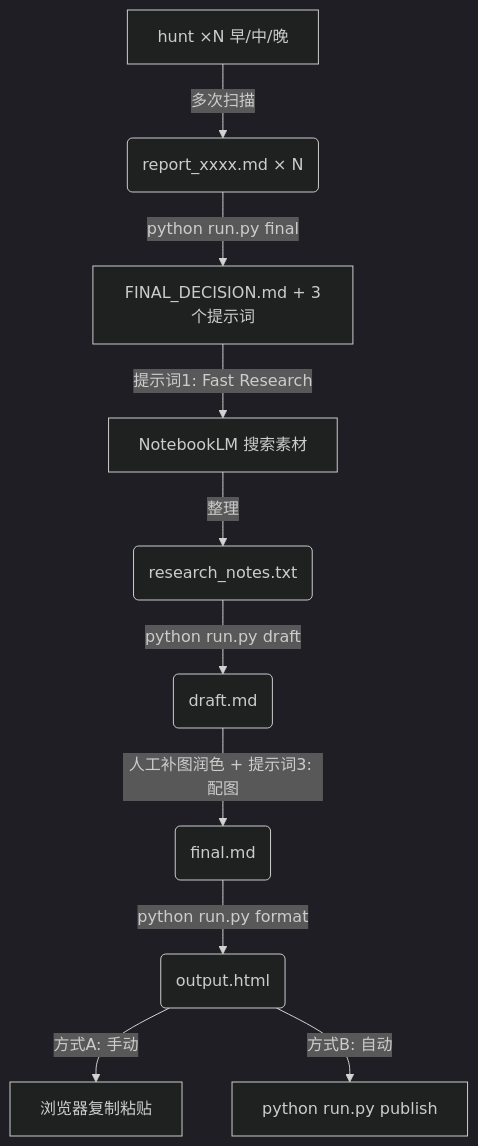
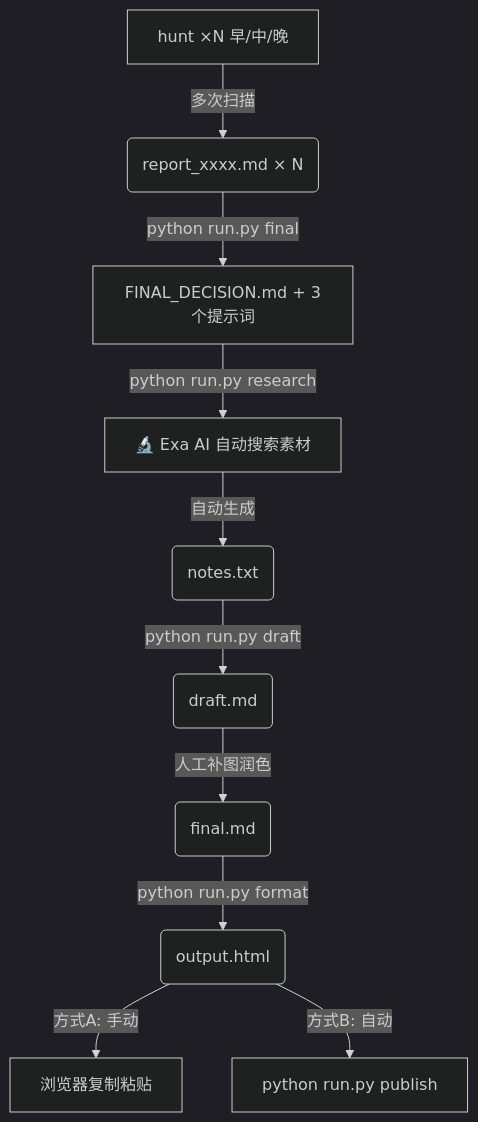
Before and after one commit to Wzh2learn/wx_articles: the diagram in README.md, drawn with Mermaid (dark theme). The commit also changed other lines of this file and 8 other files, not shown here.

````diff
--- a/README.md
+++ b/README.md
@@ -149,12 +152,12 @@
 ```mermaid
 graph TD
     A[hunt ×N 早/中/晚] -->|多次扫描| B(report_xxxx.md × N)
     B -->|python run.py final| C[FINAL_DECISION.md + 3个提示词]
-    C -->|提示词1: Fast Research| D[NotebookLM 搜索素材]
-    D -->|整理| E(research_notes.txt)
+    C -->|python run.py research| D[🔬 Exa AI 自动搜索素材]
+    D -->|自动生成| E(notes.txt)
     E -->|python run.py draft| F(draft.md)
-    F -->|人工补图润色 + 提示词3: 配图| G(final.md)
+    F -->|人工补图润色| G(final.md)
     G -->|python run.py format| H(output.html)
     H -->|方式A: 手动| I[浏览器复制粘贴]
     H -->|方式B: 自动| J[python run.py publish]
 ```
````
